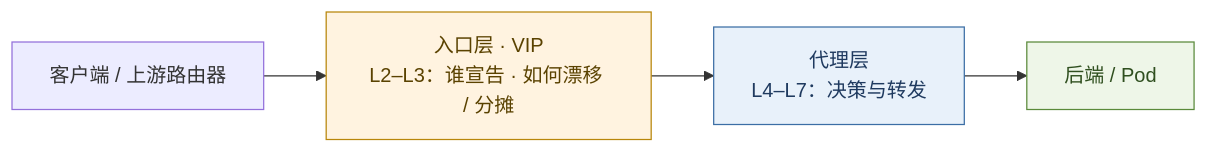
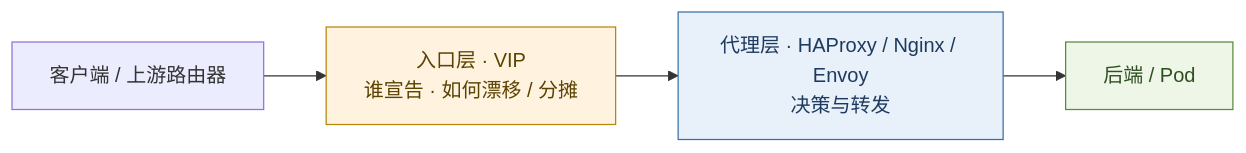
The sixth of 7 diagrams in 20-architecture/21a-haproxy-nginx-envoy-treatise.md (xiaxinyu/knowledge_base), drawn with Mermaid before and after one commit. The commit also changed other lines of this file, not shown here.

````diff
--- a/20-architecture/21a-haproxy-nginx-envoy-treatise.md
+++ b/20-architecture/21a-haproxy-nginx-envoy-treatise.md
@@ -497,10 +497,10 @@
 ```mermaid
 flowchart LR
   classDef vip fill:#fff3e0,stroke:#b8860b,color:#5a4200
   classDef px fill:#e8f1fa,stroke:#3b6ea5,color:#1f3a5f
   classDef be fill:#eef6e8,stroke:#5a8a3a,color:#2f4f1f
 
-  C["客户端 / 上游路由器"] --> V["入口层 · VIP<br/>L2–L3：谁宣告 · 如何漂移 / 分摊"]:::vip
-  V --> P["代理层<br/>L4–L7：决策与转发"]:::px
+  C["客户端 / 上游路由器"] --> V["入口层 · VIP<br/>谁宣告 · 如何漂移 / 分摊"]:::vip
+  V --> P["代理层 · HAProxy / Nginx / Envoy<br/>决策与转发"]:::px
   P --> B["后端 / Pod"]:::be
 ```
````
